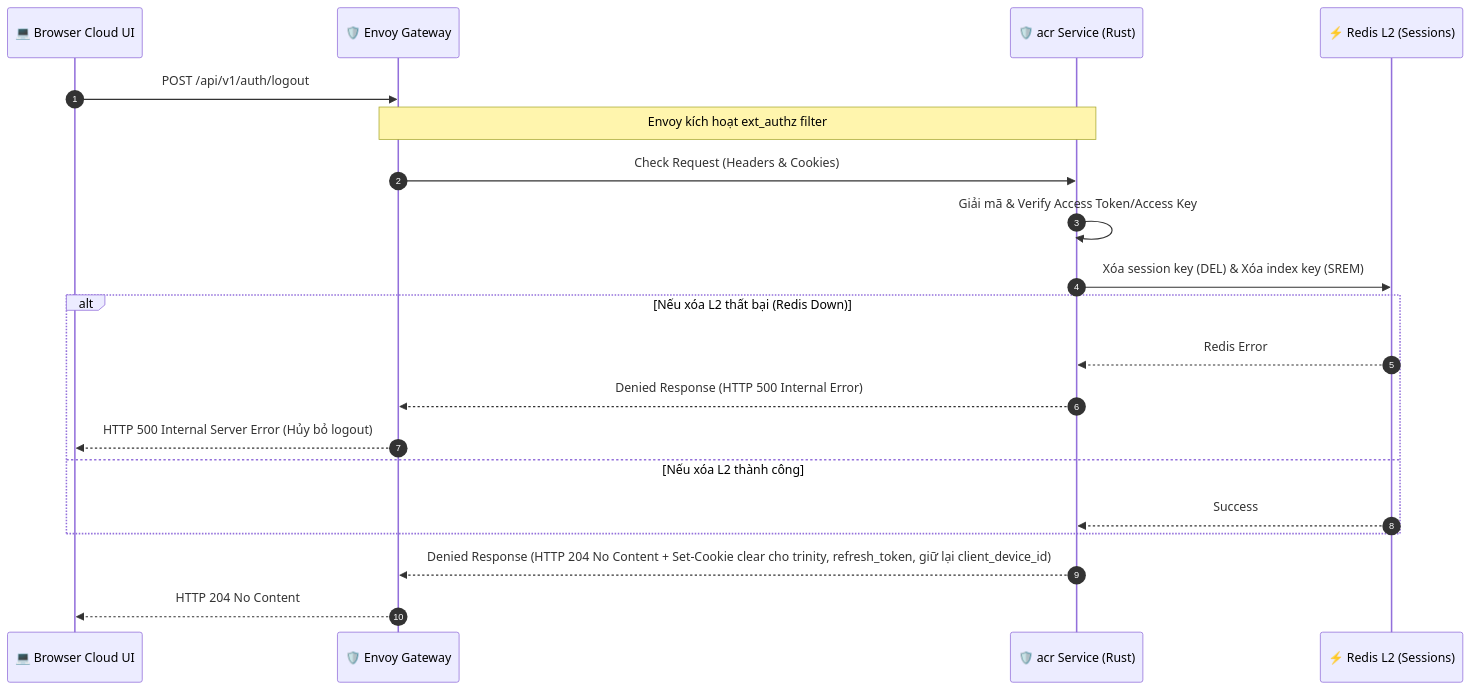
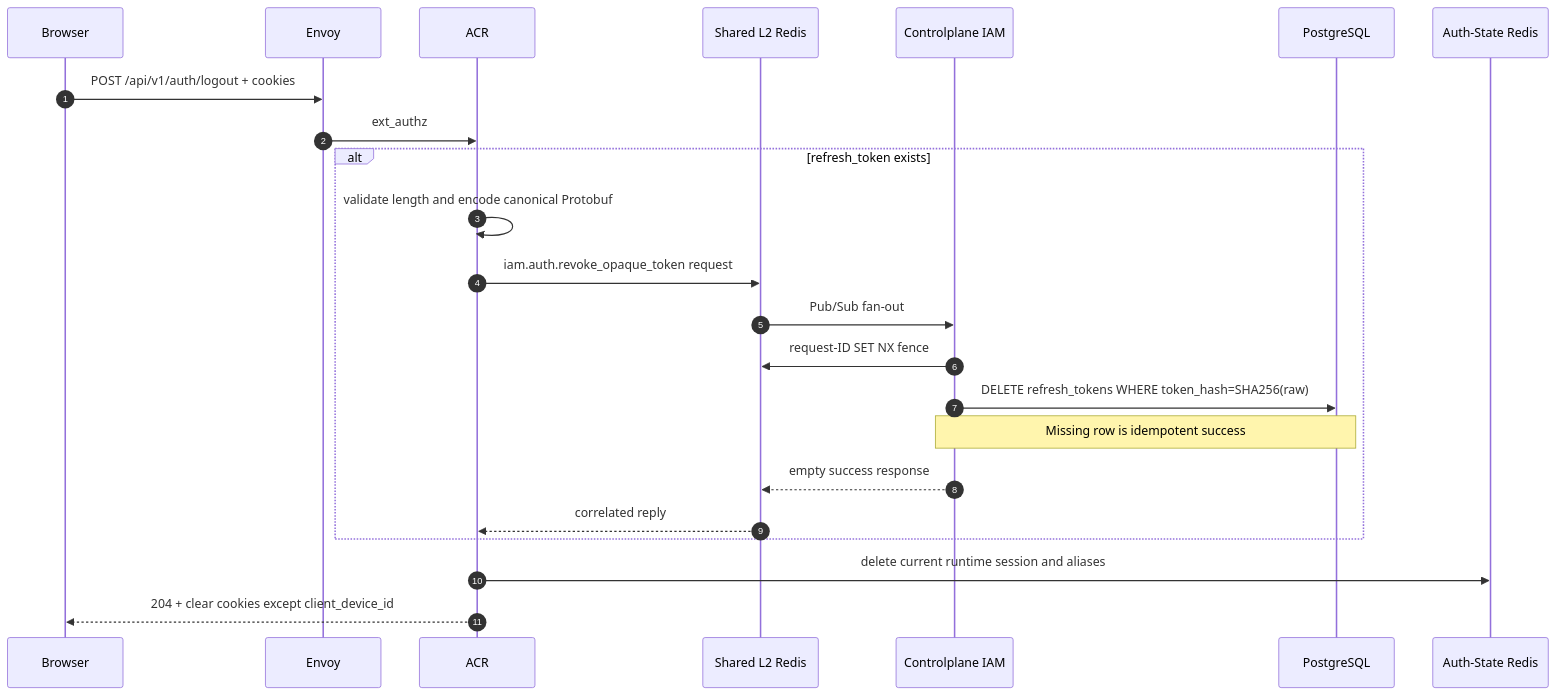
The diagram in god_view/iam/user_logout_god_view_workflow.md (phucle996/aurora), drawn with Mermaid before and after one commit. The commit also changed other lines of this file and 80 other files, not shown here.

Commit message:
refactor(iam,hierarchy): implement user-bound refresh tokens and multi-tenant RBAC 5-level compiled permissions

````diff
--- a/god_view/iam/user_logout_god_view_workflow.md
+++ b/god_view/iam/user_logout_god_view_workflow.md
@@ -93,25 +20,26 @@
 ```mermaid
 sequenceDiagram
     autonumber
-    participant UI as 💻 Browser Cloud UI
-    participant Envoy as 🛡️ Envoy Gateway
-    participant acr as 🛡️ acr Service (Rust)
-    participant L2 as ⚡ Redis L2 (Sessions)
+    participant Browser
+    participant Envoy
+    participant ACR
+    participant Shared as Shared L2 Redis
+    participant CP as Controlplane IAM
+    participant DB as PostgreSQL
+    participant AuthRedis as Auth-State Redis
 
-    UI->>Envoy: POST /api/v1/auth/logout
-    Note over Envoy,acr: Envoy kích hoạt ext_authz filter
-    Envoy->>acr: Check Request (Headers & Cookies)
-    
-    acr->>acr: Giải mã & Verify Access Token/Access Key
-    acr->>L2: Xóa session key (DEL) & Xóa index key (SREM)
-    alt Nếu xóa L2 thất bại (Redis Down)
-        L2-->>acr: Redis Error
-        acr-->>Envoy: Denied Response (HTTP 500 Internal Error)
-        Envoy-->>UI: HTTP 500 Internal Server Error (Hủy bỏ logout)
-    else Nếu xóa L2 thành công
-        L2-->>acr: Success
+    Browser->>Envoy: POST /api/v1/auth/logout + cookies
+    Envoy->>ACR: ext_authz
+    alt refresh_token exists
+        ACR->>ACR: validate length and encode canonical Protobuf
+        ACR->>Shared: iam.auth.revoke_opaque_token request
+        Shared->>CP: Pub/Sub fan-out
+        CP->>Shared: request-ID SET NX fence
+        CP->>DB: DELETE refresh_tokens WHERE token_hash=SHA256(raw)
+        Note over CP,DB: Missing row is idempotent success
+        CP-->>Shared: empty success response
+        Shared-->>ACR: correlated reply
     end
-
-    acr-->>Envoy: Denied Response (HTTP 204 No Content + Set-Cookie clear cho trinity, refresh_token, giữ lại client_device_id)
-    Envoy-->>UI: HTTP 204 No Content
+    ACR->>AuthRedis: delete current runtime session and aliases
+    ACR-->>Browser: 204 + clear cookies except client_device_id
 ```
````
